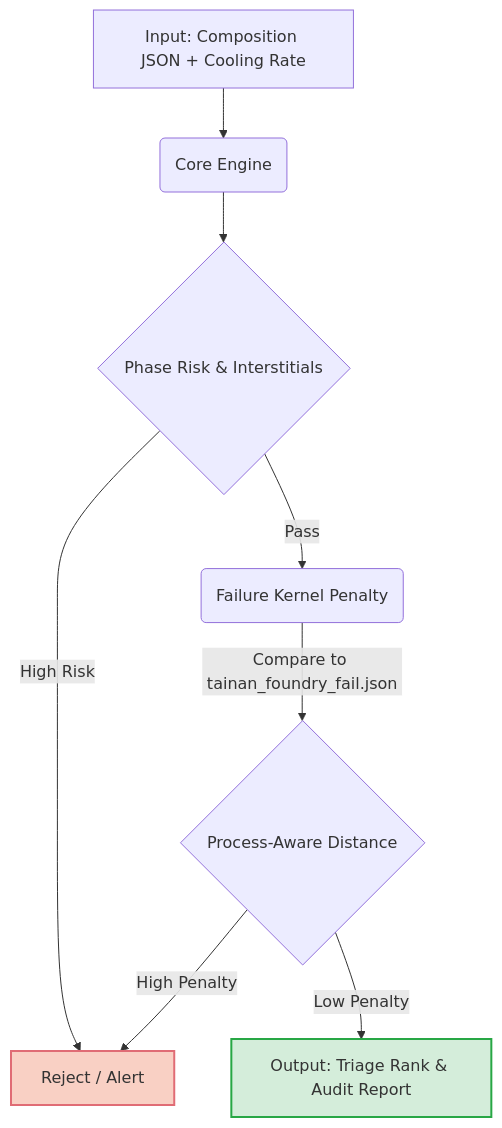
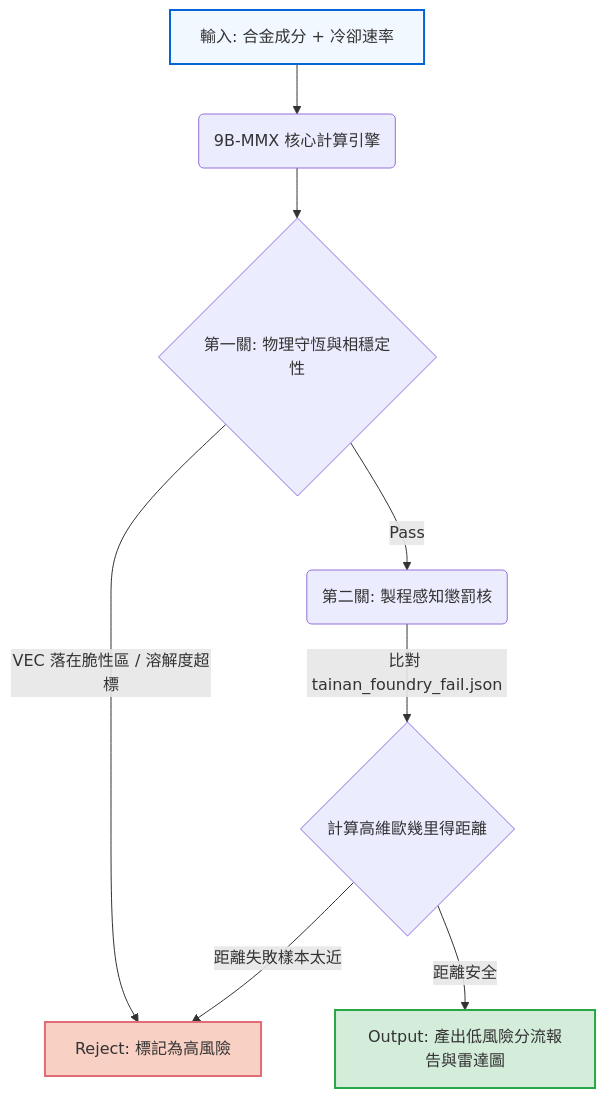
The diagram in README.md (infinitus01/9b-mmx-alloy-screening), drawn with Mermaid before and after one commit. The commit also changed other lines of this file and 1 other file, not shown here.

````diff
--- a/README.md
+++ b/README.md
@@ -42,15 +46,17 @@
 ```mermaid
 graph TD
-    A[Input: Composition JSON + Cooling Rate] --> B(Core Engine)
-    B --> C{Phase Risk & Interstitials}
-    C -->|High Risk| D[Reject / Alert]
-    C -->|Pass| E(Failure Kernel Penalty)
-    E -->|Compare to tainan_foundry_fail.json| F{Process-Aware Distance}
-    F -->|High Penalty| D
-    F -->|Low Penalty| G[Output: Triage Rank & Audit Report]
+    A[輸入: 合金成分 + 冷卻速率] --> B(9B-MMX 核心計算引擎)
+    B --> C{第一關: 物理守恆與相穩定性}
+    C -->|VEC 落在脆性區 / 溶解度超標| D[Reject: 標記為高風險]
+    C -->|Pass| E(第二關: 製程感知懲罰核)
+    E -->|比對 tainan_foundry_fail.json| F{計算高維歐幾里得距離}
+    F -->|距離失敗樣本太近| D
+    F -->|距離安全| G[Output: 產出低風險分流報告與雷達圖]
     
+    classDef input fill:#f1f8ff,stroke:#0366d6,stroke-width:2px;
     classDef reject fill:#f9d0c4,stroke:#e06c75,stroke-width:2px;
     classDef pass fill:#d4edda,stroke:#28a745,stroke-width:2px;
+    class A input;
     class D reject;
     class G pass;
 ```
````
